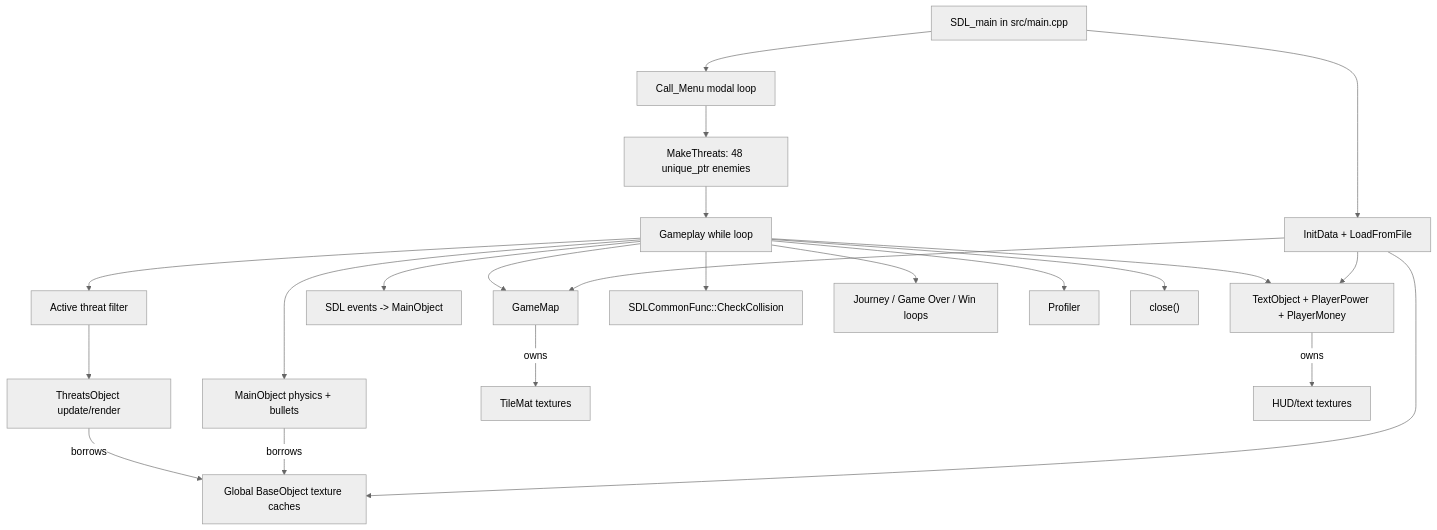
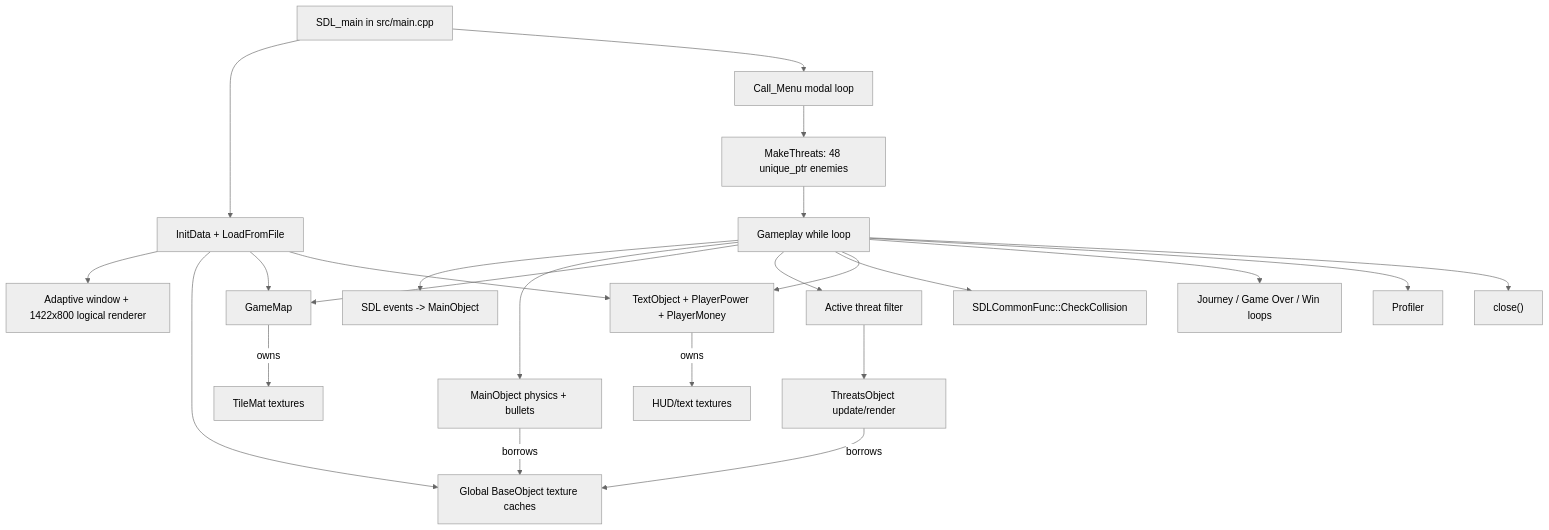
One commit to nguyentrungnghia1802/N_T_Nghia_GAME_2D changed the first of 2 diagrams in docs/project/04-architecture.md. Above: the diagram before and after it, drawn with Mermaid (neutral theme). The commit also changed other lines of this file and 14 other files, not shown here.

````diff
--- a/docs/project/04-architecture.md
+++ b/docs/project/04-architecture.md
@@ -11,25 +11,26 @@
 ```mermaid
 flowchart TD
     Entry["SDL_main in src/main.cpp"] --> Init["InitData + LoadFromFile"]
+    Init --> Window["Adaptive window + 1422x800 logical renderer"]
     Init --> Caches["Global BaseObject texture caches"]
     Init --> Map["GameMap"]
     Init --> UI["TextObject + PlayerPower + PlayerMoney"]
     Entry --> Menu["Call_Menu modal loop"]
     Menu --> ThreatFactory["MakeThreats: 48 unique_ptr enemies"]
     ThreatFactory --> Loop["Gameplay while loop"]
     Loop --> Input["SDL events -> MainObject"]
     Loop --> Player["MainObject physics + bullets"]
     Loop --> Map
     Loop --> Active["Active threat filter"]
     Active --> Threat["ThreatsObject update/render"]
     Loop --> Collision["SDLCommonFunc::CheckCollision"]
     Loop --> UI
     Loop --> Modal["Journey / Game Over / Win loops"]
     Loop --> Profiler
     Loop --> Shutdown["close()"]
 
     Player -->|borrows| Caches
     Threat -->|borrows| Caches
     Map -->|owns| Tiles["TileMat textures"]
     UI -->|owns| UITextures["HUD/text textures"]
 ```
````
